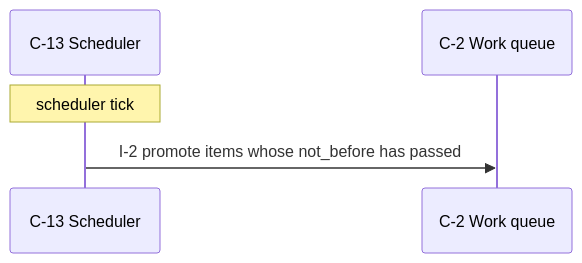
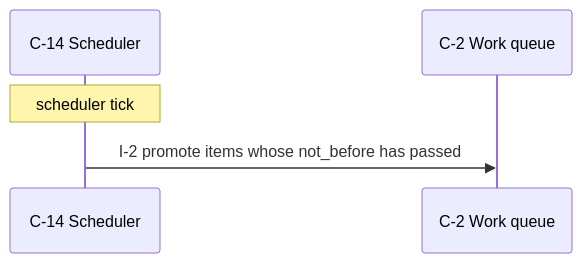
Before and after one commit to yui9696/sekkei: the fifth of 8 diagrams in examples/webhooks/DESIGN.md, drawn with Mermaid. The commit also changed other lines of this file and 27 other files, not shown here.

````diff
--- a/examples/webhooks/DESIGN.md
+++ b/examples/webhooks/DESIGN.md
@@ -573,7 +652,7 @@
 ```mermaid
 sequenceDiagram
-  participant C_13 as C-13 Scheduler
+  participant C_14 as C-14 Scheduler
   participant C_2 as C-2 Work queue
-  Note over C_13: scheduler tick
-  C_13->>C_2: I-2 promote items whose not_before has passed
+  Note over C_14: scheduler tick
+  C_14->>C_2: I-2 promote items whose not_before has passed
 ```
````
